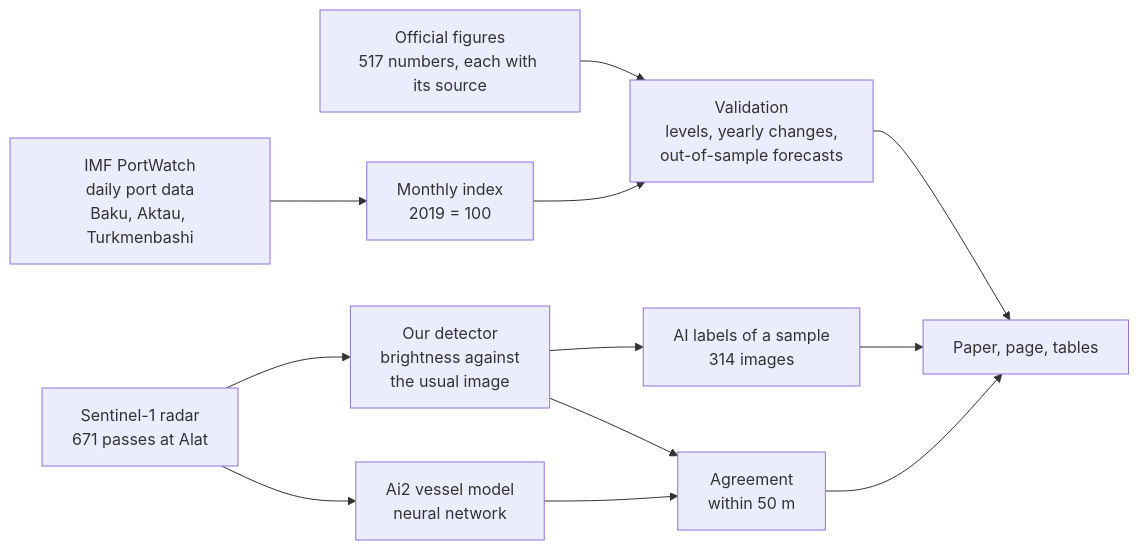
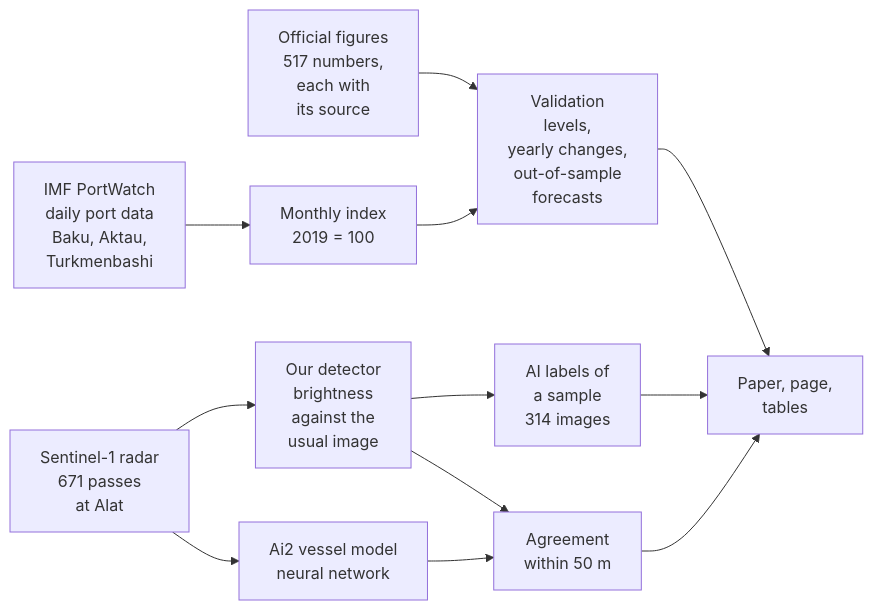
Before and after one commit to aghasalim/middle-corridor-monitor: the diagram in README.md, drawn with Mermaid.

Commit message:
README: shorter label lines in the workflow diagram (GitHub clipped them)

````diff
--- a/README.md
+++ b/README.md
@@ -47,14 +47,14 @@
 ```mermaid
 flowchart LR
-  A["IMF PortWatch<br>daily port data<br>Baku, Aktau, Turkmenbashi"] --> B["Monthly index<br>2019 = 100"]
-  C["Official figures<br>517 numbers, each with its source"] --> D["Validation<br>levels, yearly changes,<br>out-of-sample forecasts"]
+  A["IMF PortWatch<br>daily port data<br>Baku, Aktau,<br>Turkmenbashi"] --> B["Monthly index<br>2019 = 100"]
+  C["Official figures<br>517 numbers,<br>each with<br>its source"] --> D["Validation<br>levels,<br>yearly changes,<br>out-of-sample<br>forecasts"]
   B --> D
-  E["Sentinel-1 radar<br>671 passes at Alat"] --> F["Our detector<br>brightness against<br>the usual image"]
+  E["Sentinel-1 radar<br>671 passes<br>at Alat"] --> F["Our detector<br>brightness<br>against the<br>usual image"]
   E --> G["Ai2 vessel model<br>neural network"]
-  F --> H["AI labels of a sample<br>314 images"]
+  F --> H["AI labels of<br>a sample<br>314 images"]
   F --> I["Agreement<br>within 50 m"]
   G --> I
-  D --> J["Paper, page, tables"]
+  D --> J["Paper, page,<br>tables"]
   H --> J
   I --> J
 ```
````
